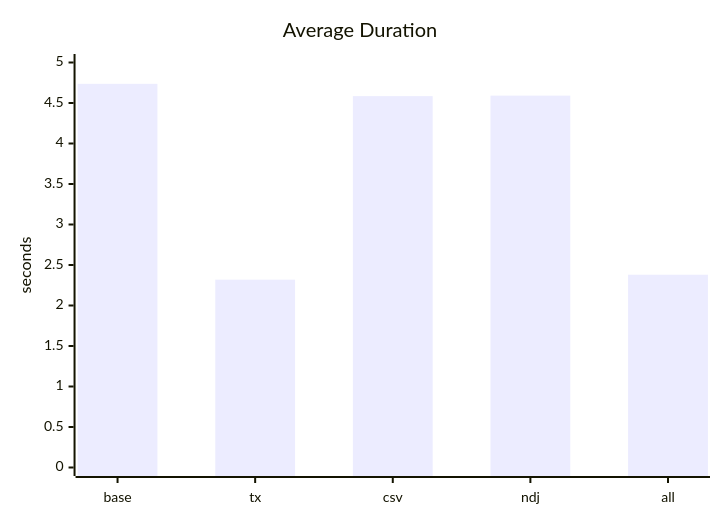
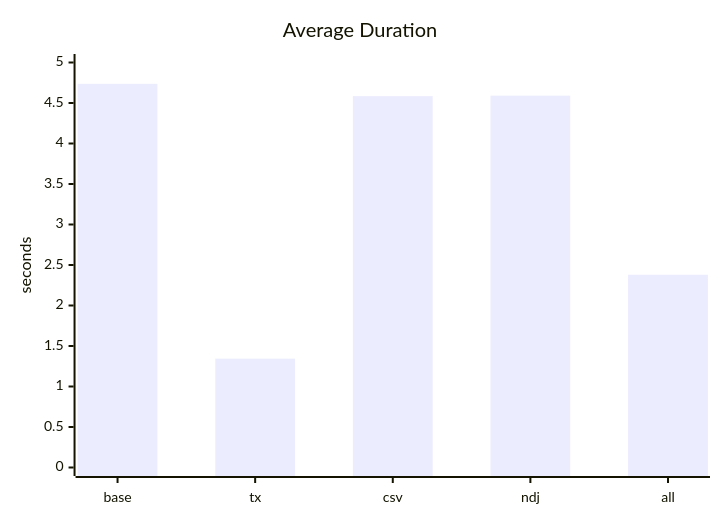
The second of 6 diagrams in METRICS.md (Raynhardt-Van-Zyl/noda-interview), drawn with Mermaid before and after one commit. The commit also changed other lines of this file, not shown here.

````diff
--- a/METRICS.md
+++ b/METRICS.md
@@ -80,7 +80,7 @@
 ```mermaid
 xychart-beta
     title "Average Duration"
     x-axis ["base", "tx", "csv", "ndj", "all"]
     y-axis "seconds" 0 --> 5
-    bar [4.737, 2.319, 4.585, 4.591, 2.380]
+    bar [4.737, 1.344, 4.585, 4.591, 2.380]
 ```
````
